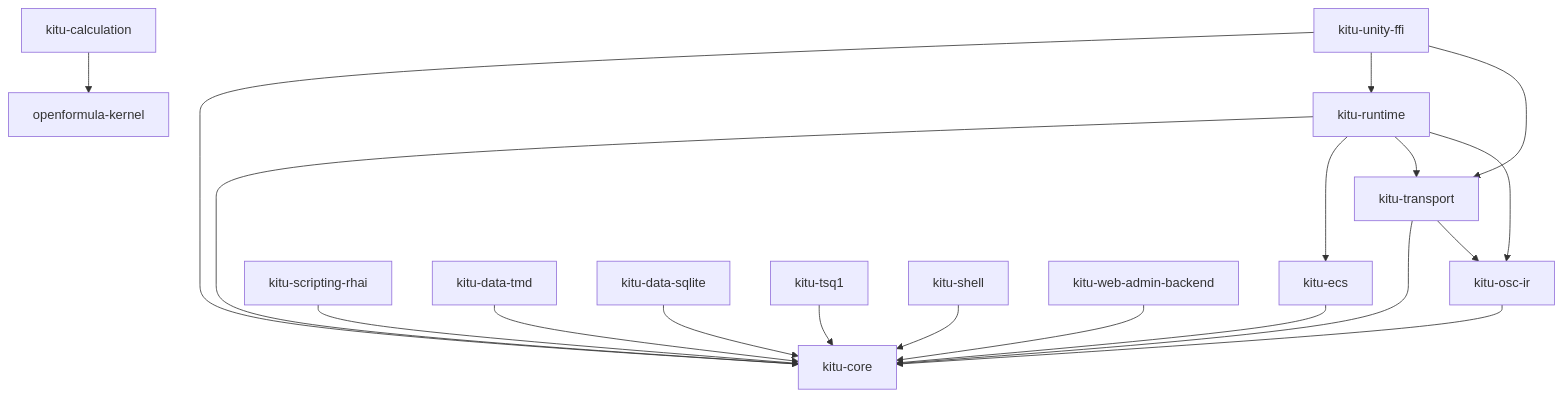
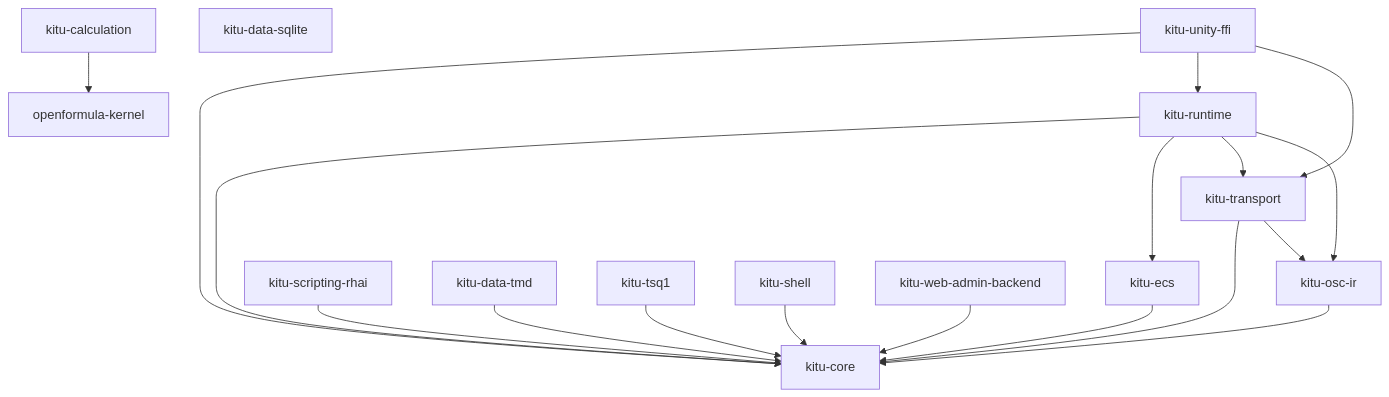
One commit to Nagitch/kitu-logic-processor changed the diagram in doc/crates-overview.md. Above: the diagram before and after it, drawn with Mermaid. The commit also changed other lines of this file and 35 other files, not shown here.

````diff
--- a/doc/crates-overview.md
+++ b/doc/crates-overview.md
@@ -27,36 +27,35 @@
 ```mermaid
 graph TD
     kitu_core["kitu-core"]
     kitu_calculation["kitu-calculation"]
     kitu_ecs["kitu-ecs"]
     kitu_osc_ir["kitu-osc-ir"]
     kitu_transport["kitu-transport"]
     kitu_runtime["kitu-runtime"]
     kitu_scripting_rhai["kitu-scripting-rhai"]
     kitu_data_tmd["kitu-data-tmd"]
     kitu_data_sqlite["kitu-data-sqlite"]
     kitu_tsq1["kitu-tsq1"]
     kitu_shell["kitu-shell"]
     kitu_web_admin_backend["kitu-web-admin-backend"]
     kitu_unity_ffi["kitu-unity-ffi"]
 
     kitu_calculation --> openformula_kernel["openformula-kernel"]
 
     kitu_ecs --> kitu_core
     kitu_osc_ir --> kitu_core
     kitu_transport --> kitu_core
     kitu_transport --> kitu_osc_ir
     kitu_runtime --> kitu_core
     kitu_runtime --> kitu_ecs
     kitu_runtime --> kitu_transport
     kitu_runtime --> kitu_osc_ir
     kitu_scripting_rhai --> kitu_core
     kitu_data_tmd --> kitu_core
-    kitu_data_sqlite --> kitu_core
     kitu_tsq1 --> kitu_core
     kitu_shell --> kitu_core
     kitu_web_admin_backend --> kitu_core
     kitu_unity_ffi --> kitu_core
     kitu_unity_ffi --> kitu_runtime
     kitu_unity_ffi --> kitu_transport
 ```
````
